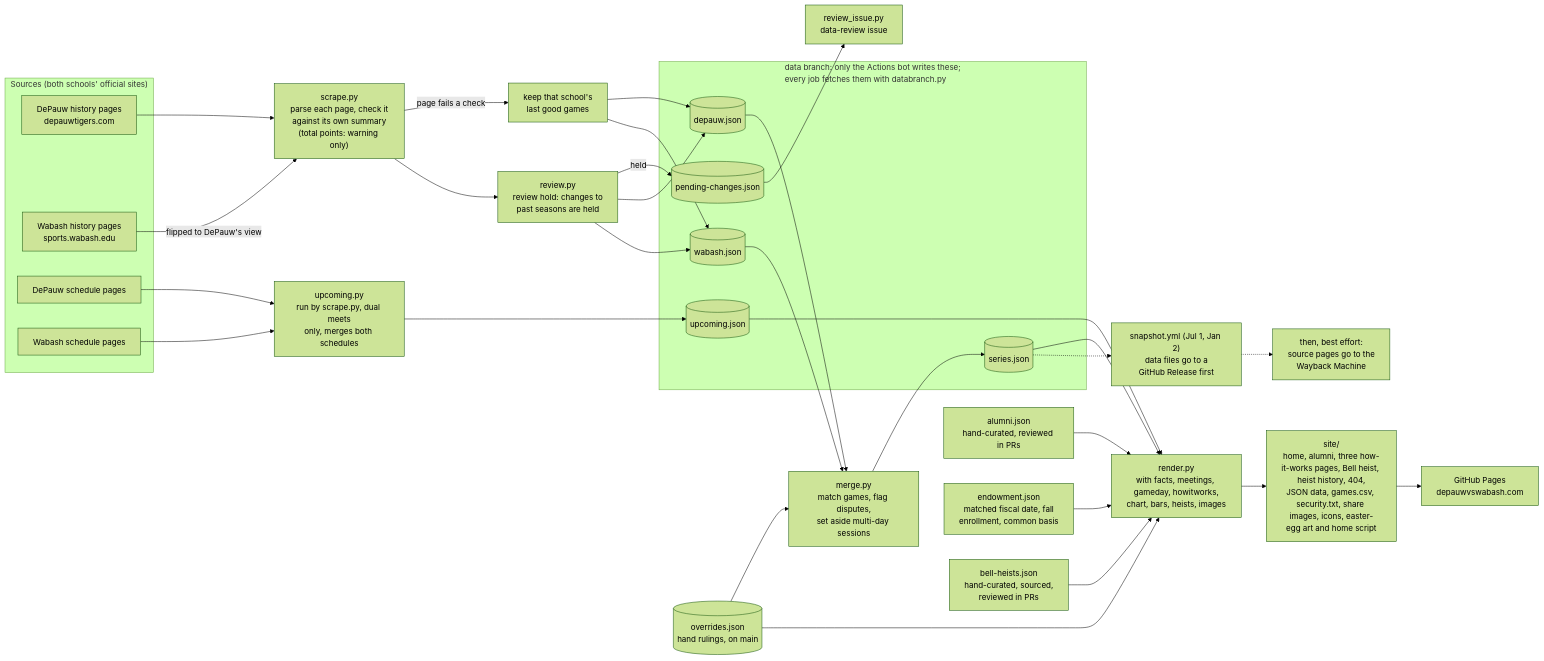
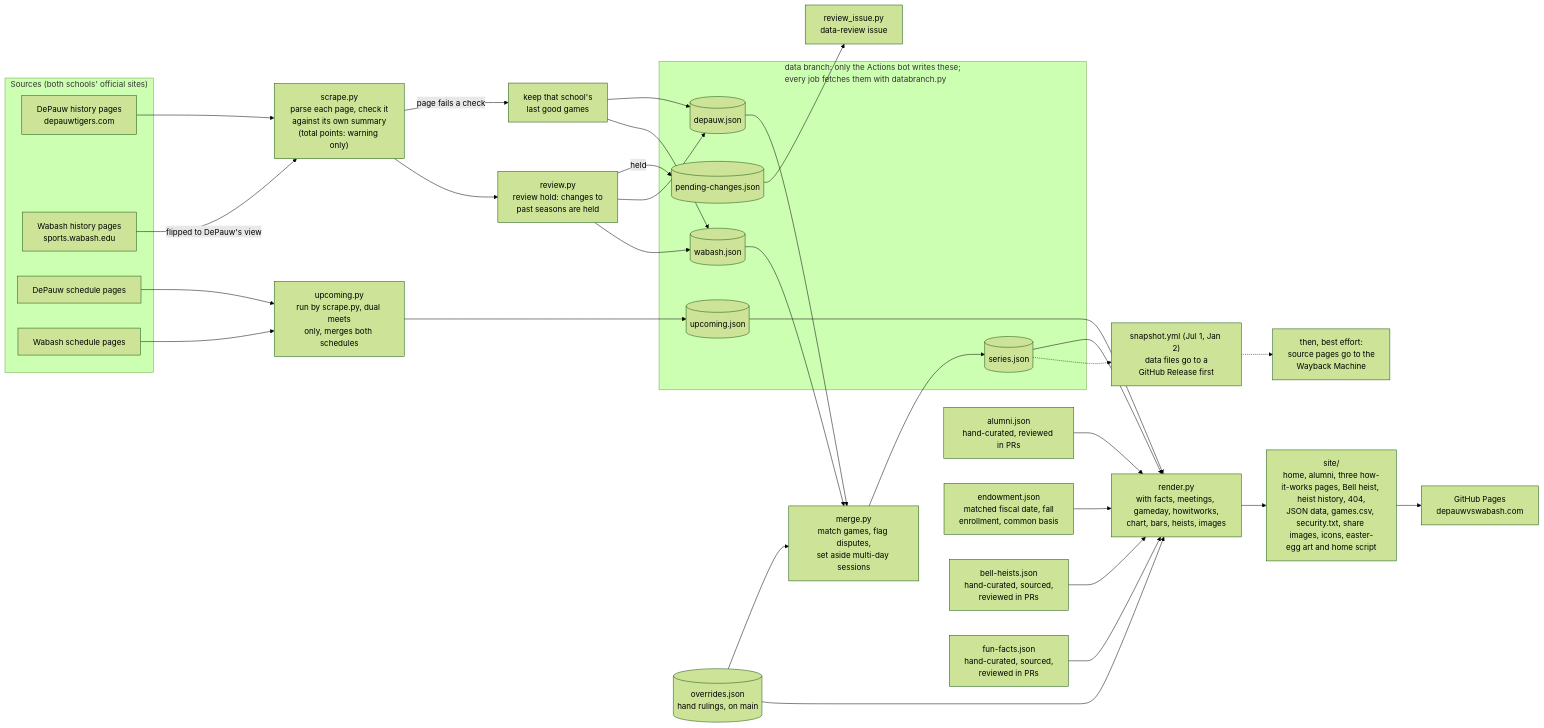
Before and after one commit to jacksonmote/DePauw-vs-Wabash-web: the first of 3 diagrams in README.md, drawn with Mermaid (forest theme). The commit also changed other lines of this file and 1 other file, not shown here.

First line of the commit message:
Docs: tiger facts file, behavior, balance rule and how to add one

````diff
--- a/README.md
+++ b/README.md
@@ -81,44 +82,45 @@
 ```mermaid
 flowchart LR
   subgraph SRC["Sources (both schools' official sites)"]
     DH["DePauw history pages<br/>depauwtigers.com"]
     WH["Wabash history pages<br/>sports.wabash.edu"]
     DS["DePauw schedule pages"]
     WS["Wabash schedule pages"]
   end
 
   DH --> P["scrape.py<br/>parse each page, check it<br/>against its own summary<br/>(total points: warning only)"]
   WH -- "flipped to DePauw's view" --> P
   P -- "page fails a check" --> K["keep that school's<br/>last good games"]
   P --> R["review.py<br/>review hold: changes to<br/>past seasons are held"]
   R -- "held" --> PC[("pending-changes.json")]
   PC --> RI["review_issue.py<br/>data-review issue"]
   R --> DJ[("depauw.json")]
   R --> WJ[("wabash.json")]
   K --> DJ
   K --> WJ
   DJ --> M["merge.py<br/>match games, flag disputes,<br/>set aside multi-day sessions"]
   WJ --> M
   OV[("overrides.json<br/>hand rulings, on main")] --> M
   M --> SJ[("series.json")]
   DS --> U["upcoming.py<br/>run by scrape.py, dual meets<br/>only, merges both schedules"]
   WS --> U
   U --> UJ[("upcoming.json")]
   SJ --> RN["render.py<br/>with facts, meetings, gameday, howitworks,<br/>chart, bars, heists, images"]
   AL["alumni.json<br/>hand-curated, reviewed in PRs"] --> RN
   EN["endowment.json<br/>matched fiscal date, fall<br/>enrollment, common basis"] --> RN
   HJ["bell-heists.json<br/>hand-curated, sourced,<br/>reviewed in PRs"] --> RN
+  FJ["fun-facts.json<br/>hand-curated, sourced,<br/>reviewed in PRs"] --> RN
   UJ --> RN
   OV --> RN
   RN --> SITE["site/<br/>home, alumni, three how-it-works pages, Bell heist, heist history, 404,<br/>JSON data, games.csv, security.txt, share images, icons, easter-egg art and home script"]
   SITE --> GP["GitHub Pages<br/>depauwvswabash.com"]
   SJ -.-> SN["snapshot.yml (Jul 1, Jan 2)<br/>data files go to a<br/>GitHub Release first"]
   SN -.-> WB["then, best effort:<br/>source pages go to the<br/>Wayback Machine"]
   subgraph DB["data branch: only the Actions bot writes these;<br/>every job fetches them with databranch.py"]
     PC
     DJ
     WJ
     SJ
     UJ
   end
 ```
````
